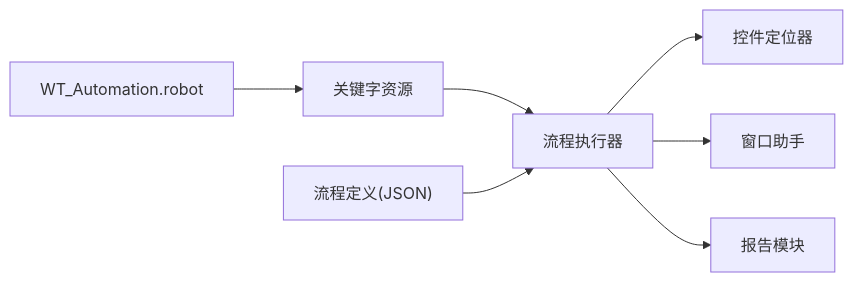
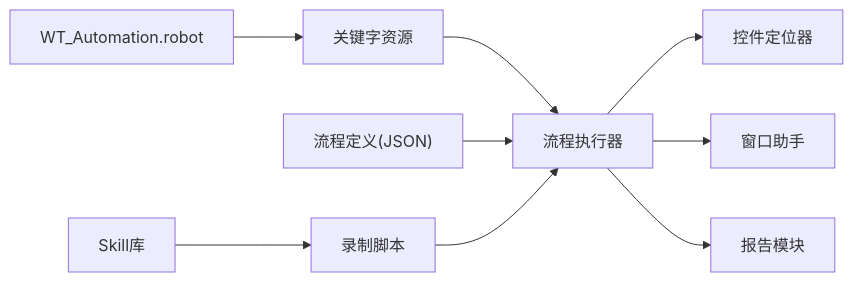
Before and after one commit to hanago33/WT_Automation: the sixth of 6 diagrams in .qoder/repowiki/zh/content/示例案例/UI测试案例.md, drawn with Mermaid. The commit also changed other lines of this file and 220 other files, not shown here.

````diff
--- a/.qoder/repowiki/zh/content/示例案例/UI测试案例.md
+++ b/.qoder/repowiki/zh/content/示例案例/UI测试案例.md
@@ -291,9 +364,11 @@
 ```mermaid
 graph LR
 RF["WT_Automation.robot"] --> KEY["关键字资源"]
 KEY --> EXEC["流程执行器"]
 EXEC --> LOC["控件定位器"]
 EXEC --> WIN["窗口助手"]
 EXEC --> REP["报告模块"]
 FLOW["流程定义(JSON)"] --> EXEC
+REC["录制脚本"] --> EXEC
+SKILL["Skill库"] --> REC
 ```
````
